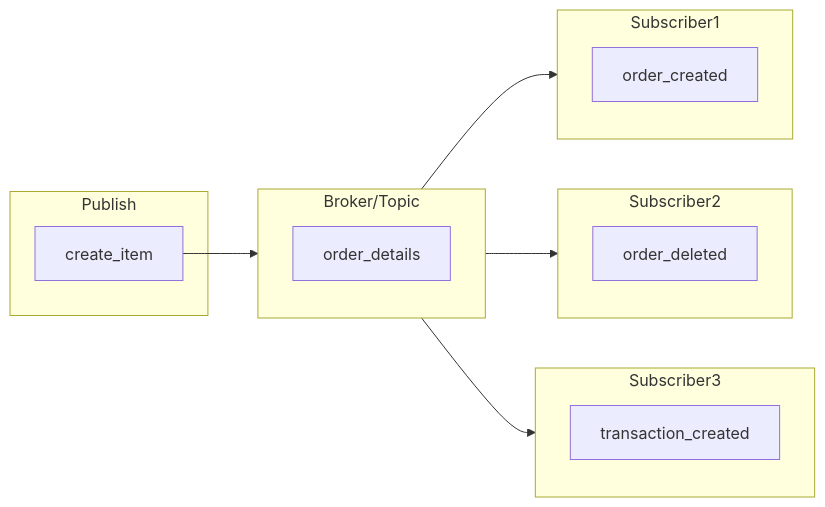
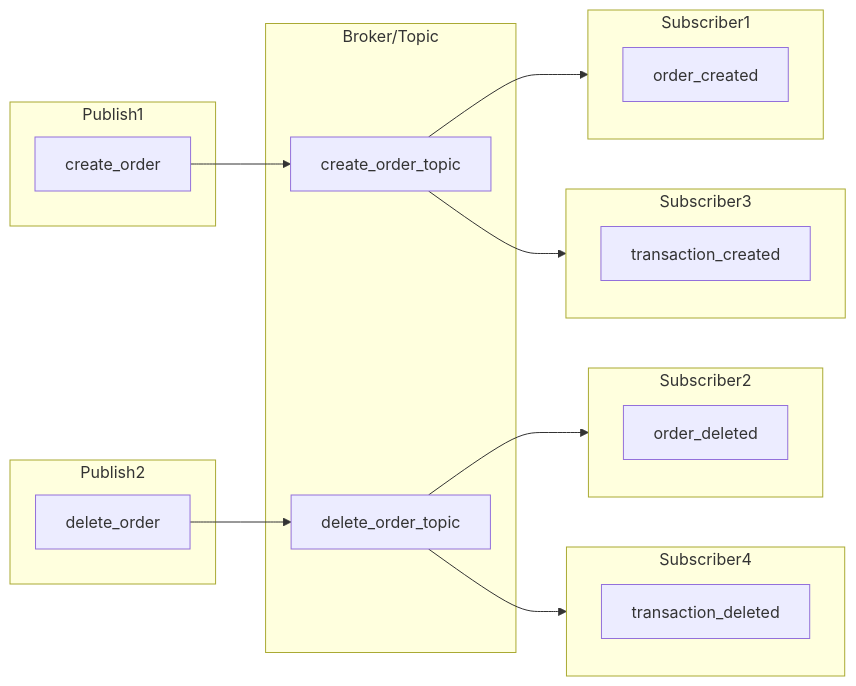
The first of 2 diagrams in README.md (tiagornandrade/flask-api-order-python-kafka), drawn with Mermaid before and after one commit.

Commit message:
include transaction_deleted on README

````diff
--- a/README.md
+++ b/README.md
@@ -11,28 +11,42 @@
 ```mermaid
 flowchart LR
 
-subgraph Publish
-    create_item
+subgraph Publish1
+    1[create_order]
+end
+
+subgraph Publish2
+    2[delete_order]
 end
 
 subgraph Broker/Topic
-    order_details
+    a[create_order_topic]
+end
+
+subgraph Broker/Topic
+    b[delete_order_topic]
 end
 
 subgraph Subscriber1
     order_created
 end
 
 subgraph Subscriber2
     order_deleted
 end
 
 subgraph Subscriber3
     transaction_created
 end
 
-create_item --> Broker/Topic
-Broker/Topic --> Subscriber1
-Broker/Topic --> Subscriber2
-Broker/Topic --> Subscriber3
+subgraph Subscriber4
+    transaction_deleted
+end
+
+1 --> a
+2 --> b
+a --> Subscriber1
+b --> Subscriber2
+a --> Subscriber3
+b --> Subscriber4
 ```
````
